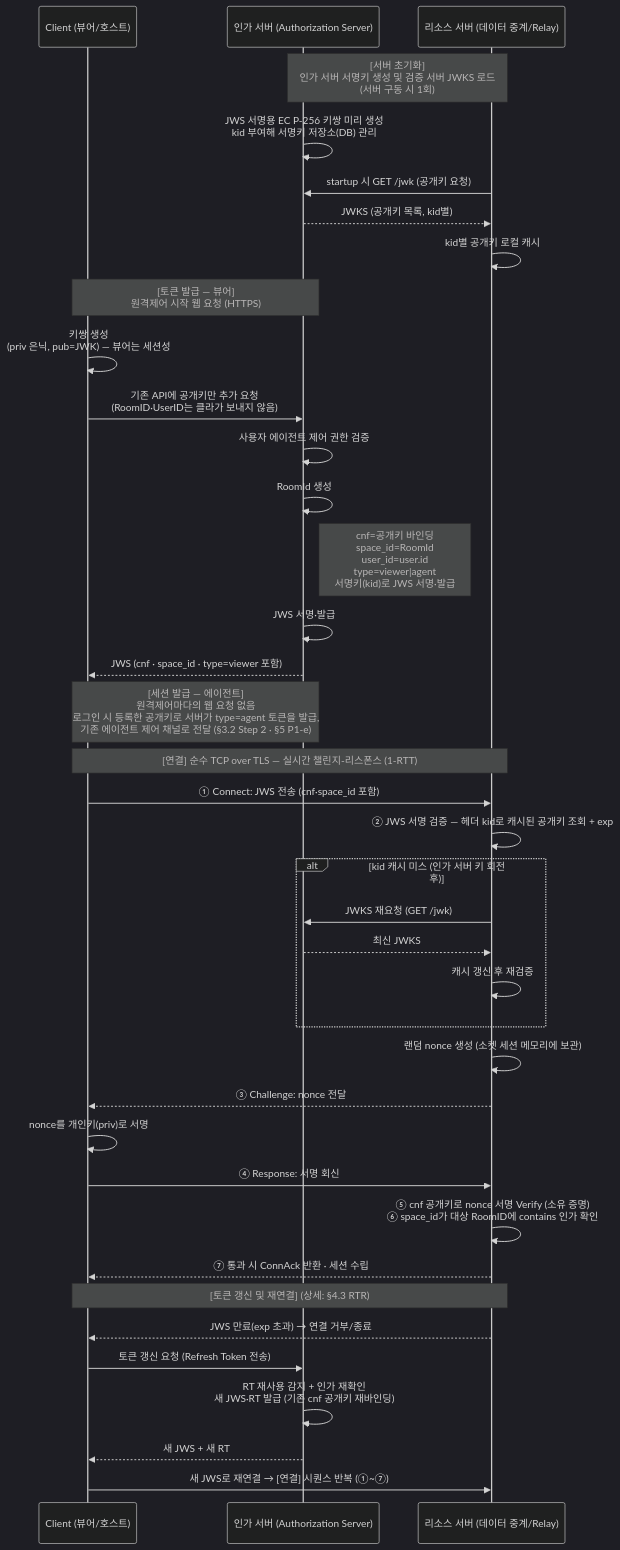
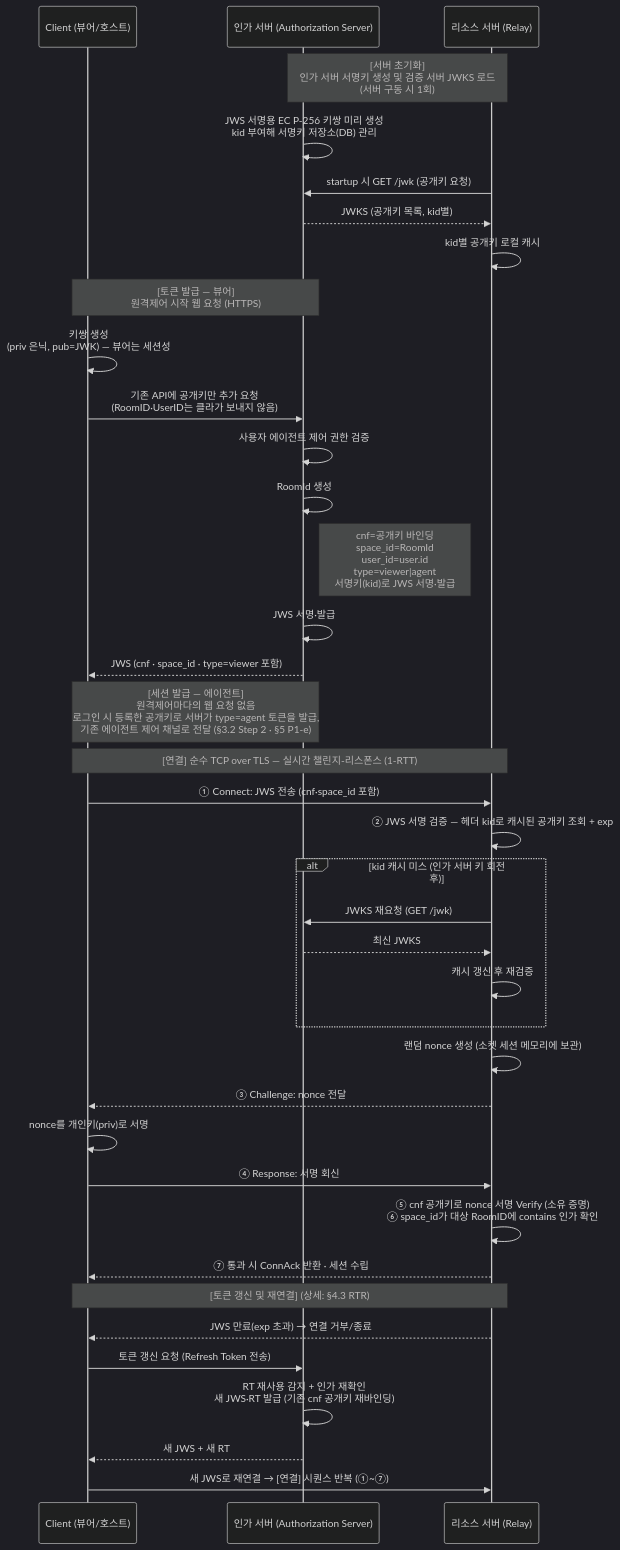
Before and after one commit to gmoon92/toy: the third of 4 diagrams in spring-security/docs/auth-architecture/sender-constrained-relay-architecture.md, drawn with Mermaid (dark theme).

Commit message:
docs(auth-architecture): 시퀀스 participant 라벨 간결화
- 리소스 서버 라벨 '데이터 중계/Relay' → 'Relay'

````diff
--- a/spring-security/docs/auth-architecture/sender-constrained-relay-architecture.md
+++ b/spring-security/docs/auth-architecture/sender-constrained-relay-architecture.md
@@ -183,44 +183,44 @@
 ```mermaid
 sequenceDiagram
     participant C as Client (뷰어/호스트)
     participant S as 인가 서버 (Authorization Server)
-    participant R as 리소스 서버 (데이터 중계/Relay)
+    participant R as 리소스 서버 (Relay)
 
     Note over S, R: [서버 초기화] <br/>인가 서버 서명키 생성 및 검증 서버 JWKS 로드 <br/>(서버 구동 시 1회)
     S ->> S: JWS 서명용 EC P-256 키쌍 미리 생성<br/>kid 부여해 서명키 저장소(DB) 관리
     R ->> S: startup 시 GET /jwk (공개키 요청)
     S -->> R: JWKS (공개키 목록, kid별)
     R ->> R: kid별 공개키 로컬 캐시
 
     Note over C, S: [토큰 발급 — 뷰어] <br/>원격제어 시작 웹 요청 (HTTPS)
     C ->> C: 키쌍 생성<br/>(priv 은닉, pub=JWK) — 뷰어는 세션성
     C ->> S: 기존 API에 공개키만 추가 요청<br/>(RoomID·UserID는 클라가 보내지 않음)
     S ->> S: 사용자 에이전트 제어 권한 검증
     S ->> S: RoomId 생성
     Note right of S: cnf=공개키 바인딩<br/>space_id=RoomId<br/>user_id=user.id<br/>type=viewer|agent<br/>서명키(kid)로 JWS 서명·발급
     S ->> S: JWS 서명·발급
     S -->> C: JWS (cnf · space_id · type=viewer 포함)
     Note over C, S: [세션 발급 — 에이전트]<br/>원격제어마다의 웹 요청 없음<br/>로그인 시 등록한 공개키로 서버가 type=agent 토큰을 발급,<br/>기존 에이전트 제어 채널로 전달 (§3.2 Step 2 · §5 P1-e)
 
     Note over C, R: [연결] 순수 TCP over TLS — 실시간 챌린지-리스폰스 (1-RTT)
     C ->> R: ① Connect: JWS 전송 (cnf·space_id 포함)
     R ->> R: ② JWS 서명 검증 — 헤더 kid로 캐시된 공개키 조회 + exp
     alt kid 캐시 미스 (인가 서버 키 회전 후)
         R ->> S: JWKS 재요청 (GET /jwk)
         S -->> R: 최신 JWKS
         R ->> R: 캐시 갱신 후 재검증
     end
     R ->> R: 랜덤 nonce 생성 (소켓 세션 메모리에 보관)
     R -->> C: ③ Challenge: nonce 전달
     C ->> C: nonce를 개인키(priv)로 서명
     C ->> R: ④ Response: 서명 회신
     R ->> R: ⑤ cnf 공개키로 nonce 서명 Verify (소유 증명)<br/>⑥ space_id가 대상 RoomID에 contains 인가 확인
     R -->> C: ⑦ 통과 시 ConnAck 반환 · 세션 수립
 
     Note over C, R: [토큰 갱신 및 재연결] (상세: §4.3 RTR)
     R -->> C: JWS 만료(exp 초과) → 연결 거부/종료
     C ->> S: 토큰 갱신 요청 (Refresh Token 전송)
     S ->> S: RT 재사용 감지 + 인가 재확인<br/>새 JWS·RT 발급 (기존 cnf 공개키 재바인딩)
     S -->> C: 새 JWS + 새 RT
     C ->> R: 새 JWS로 재연결 → [연결] 시퀀스 반복 (①~⑦)
 ```
````
